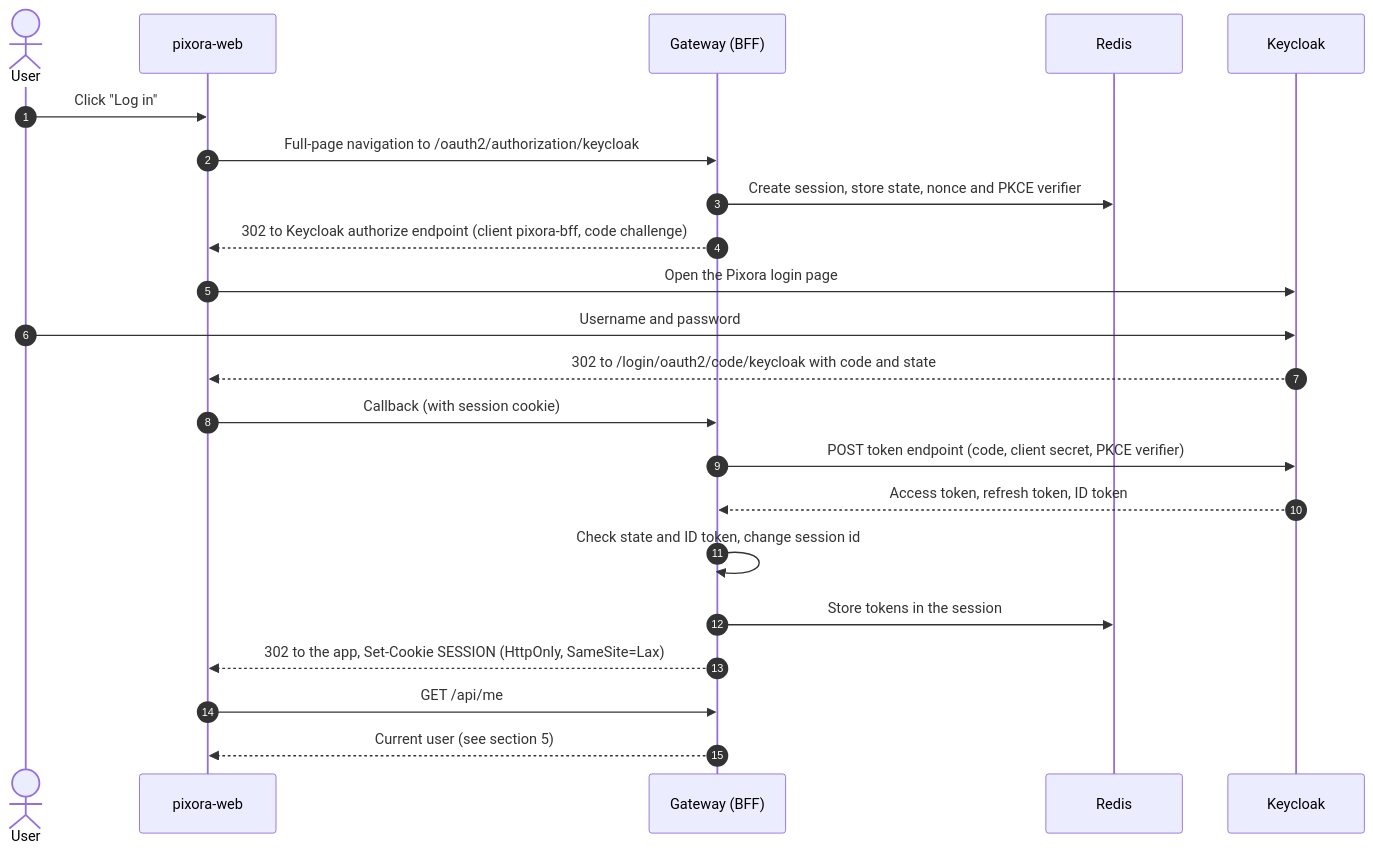
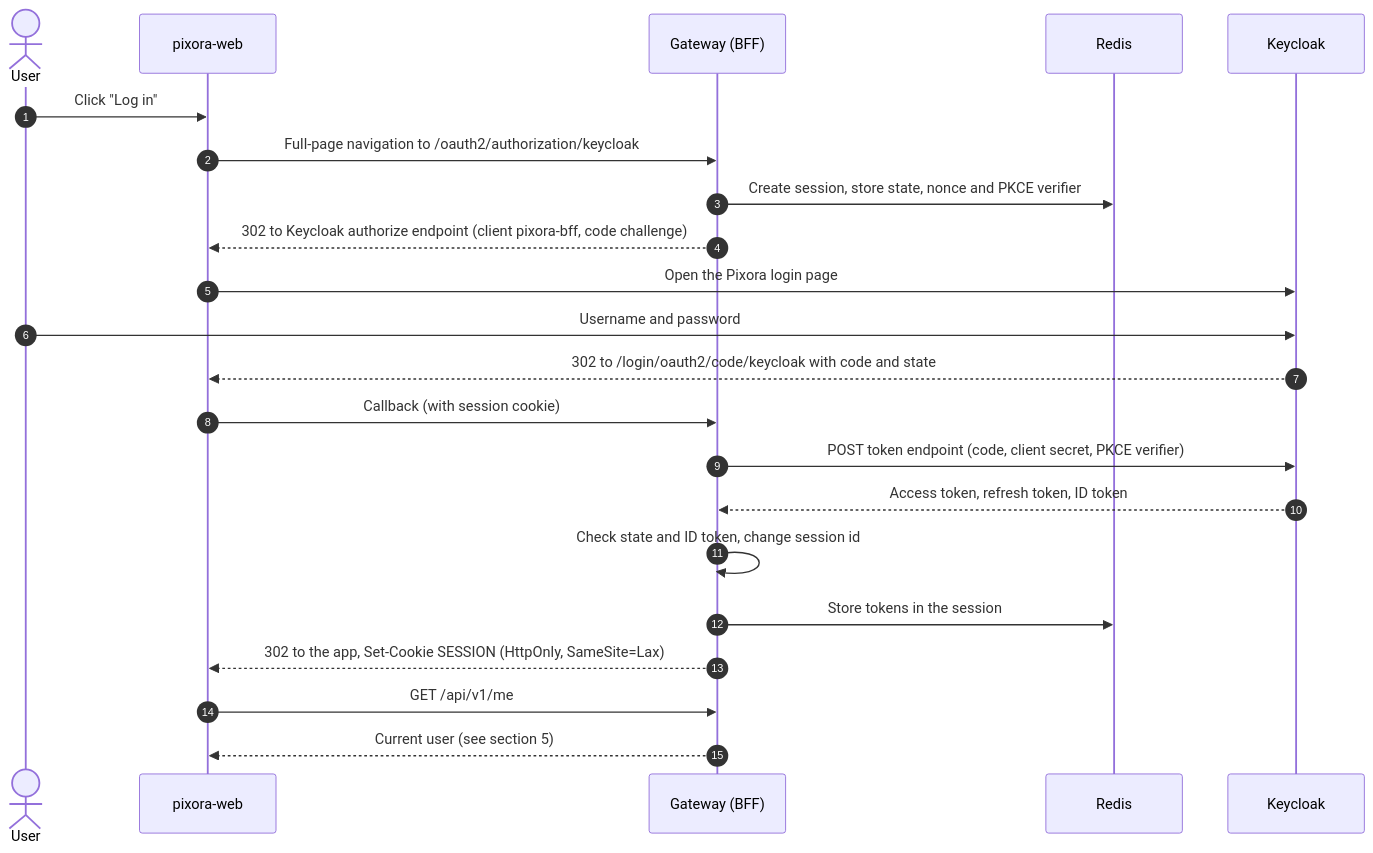
One commit to JaouadiOussama/pixora changed the first of 4 diagrams in docs/authentication.md. Above: the diagram before and after it, drawn with Mermaid. The commit also changed other lines of this file and 15 other files, not shown here.

````diff
--- a/docs/authentication.md
+++ b/docs/authentication.md
@@ -28,25 +28,25 @@
 ```mermaid
 sequenceDiagram
     autonumber
     actor U as User
     participant W as pixora-web
     participant G as Gateway (BFF)
     participant R as Redis
     participant K as Keycloak
 
     U->>W: Click "Log in"
     W->>G: Full-page navigation to /oauth2/authorization/keycloak
     G->>R: Create session, store state, nonce and PKCE verifier
     G-->>W: 302 to Keycloak authorize endpoint (client pixora-bff, code challenge)
     W->>K: Open the Pixora login page
     U->>K: Username and password
     K-->>W: 302 to /login/oauth2/code/keycloak with code and state
     W->>G: Callback (with session cookie)
     G->>K: POST token endpoint (code, client secret, PKCE verifier)
     K-->>G: Access token, refresh token, ID token
     G->>G: Check state and ID token, change session id
     G->>R: Store tokens in the session
     G-->>W: 302 to the app, Set-Cookie SESSION (HttpOnly, SameSite=Lax)
-    W->>G: GET /api/me
+    W->>G: GET /api/v1/me
     G-->>W: Current user (see section 5)
 ```
````
